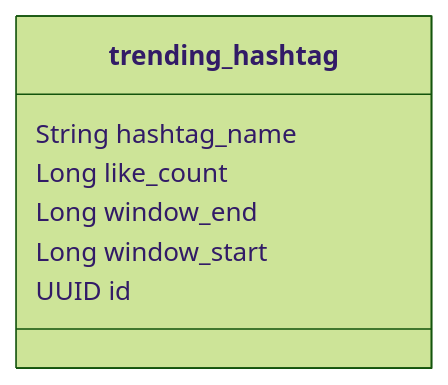
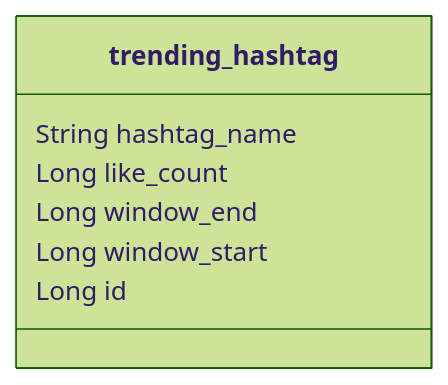
One commit to dont-text-me/ENG2-assessment changed the diagram in docs/domain-models/trending-hashtag-microservice.md. Above: the diagram before and after it, drawn with Mermaid (forest theme). The commit also changed 34 other files, not shown here.

Commit message:
replace uuid with long

````diff
--- a/docs/domain-models/trending-hashtag-microservice.md
+++ b/docs/domain-models/trending-hashtag-microservice.md
@@ -1,11 +1,11 @@
 ```mermaid
 classDiagram
 direction BT
 class trending_hashtag {
    String hashtag_name
    Long like_count
     Long window_end
     Long window_start
-   UUID id
+   Long id
 }
 ```
````
